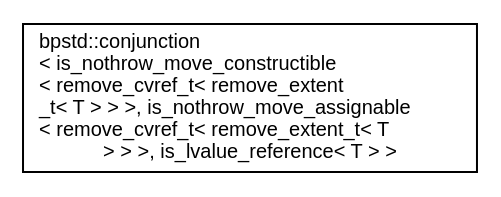
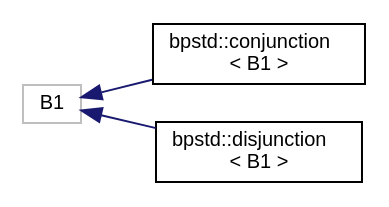
Before and after one commit to bitwizeshift/BackportCpp: the diagram in api/latest/inherit_graph_16.dot, drawn with Graphviz. The commit also changed 147 other files, not shown here.

```diff
--- a/api/latest/inherit_graph_16.dot
+++ b/api/latest/inherit_graph_16.dot
@@ -1,7 +1,11 @@
 digraph "Graphical Class Hierarchy"
 {
   edge [fontname="Helvetica",fontsize="10",labelfontname="Helvetica",labelfontsize="10"];
   node [fontname="Helvetica",fontsize="10",shape=record];
   rankdir="LR";
-  Node0 [label="bpstd::conjunction\l\< is_nothrow_move_constructible\l\< remove_cvref_t\< remove_extent\l_t\< T \> \> \>, is_nothrow_move_assignable\l\< remove_cvref_t\< remove_extent_t\< T\l \> \> \>, is_lvalue_reference\< T \> \>",height=0.2,width=0.4,color="black", fillcolor="white", style="filled",URL="$de/d3f/structbpstd_1_1conjunction.html"];
+  Node65 [label="B1",height=0.2,width=0.4,color="grey75", fillcolor="white", style="filled"];
+  Node65 -> Node0 [dir="back",color="midnightblue",fontsize="10",style="solid",fontname="Helvetica"];
+  Node0 [label="bpstd::conjunction\l\< B1 \>",height=0.2,width=0.4,color="black", fillcolor="white", style="filled",URL="$d5/dd4/structbpstd_1_1conjunction_3_01_b1_01_4.html"];
+  Node65 -> Node67 [dir="back",color="midnightblue",fontsize="10",style="solid",fontname="Helvetica"];
+  Node67 [label="bpstd::disjunction\l\< B1 \>",height=0.2,width=0.4,color="black", fillcolor="white", style="filled",URL="$db/d3d/structbpstd_1_1disjunction_3_01_b1_01_4.html"];
 }
```
